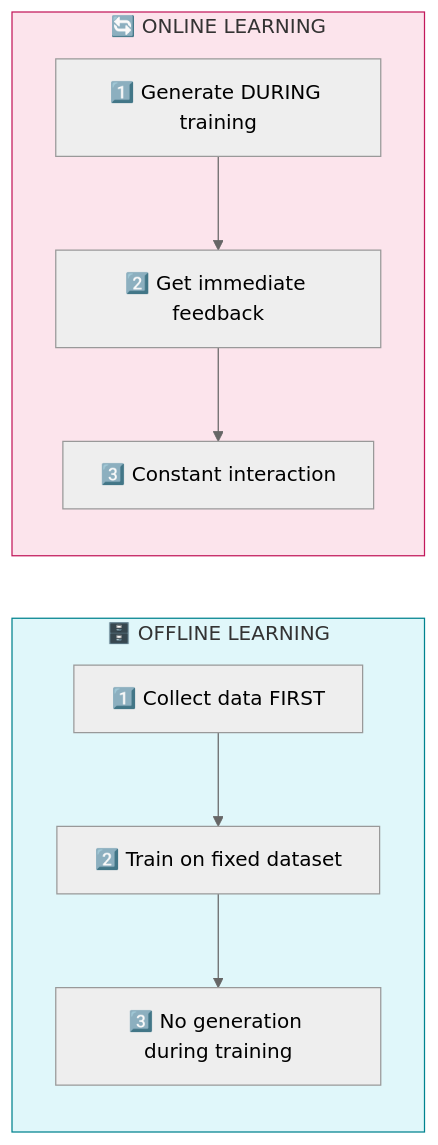
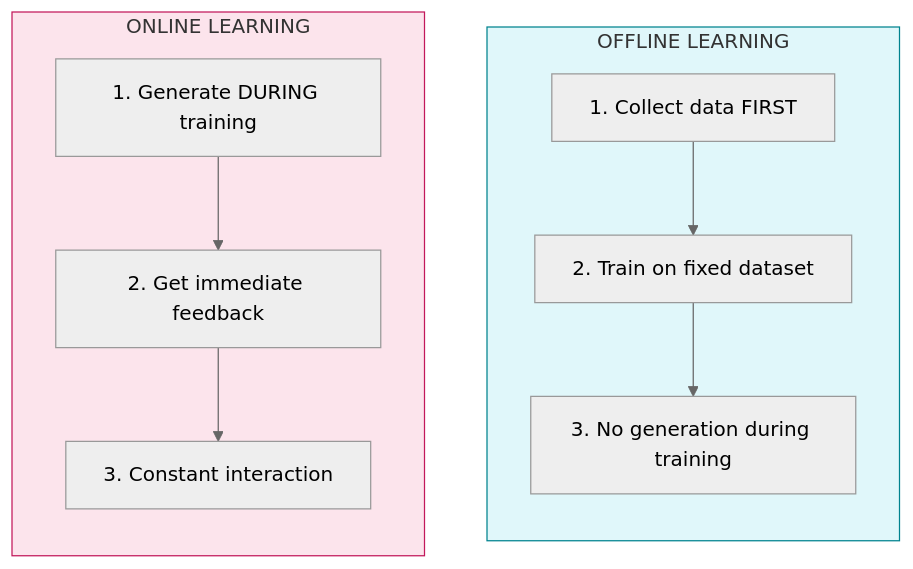
One commit to niharpalem/Simplifiy_Ai changed the first of 6 diagrams in Learning/Online_vs_offline.md. Above: the diagram before and after it, drawn with Mermaid (neutral theme). The commit also changed other lines of this file, not shown here.

````diff
--- a/Learning/Online_vs_offline.md
+++ b/Learning/Online_vs_offline.md
@@ -20,21 +20,21 @@
 ```mermaid
-flowchart LR
-    subgraph OFFLINE["🗄️ OFFLINE LEARNING"]
+flowchart TB
+    subgraph OFF["OFFLINE LEARNING"]
         direction TB
-        O1[1️⃣ Collect data FIRST]
-        O2[2️⃣ Train on fixed dataset]
-        O3[3️⃣ No generation during training]
+        O1["1. Collect data FIRST"]
+        O2["2. Train on fixed dataset"]
+        O3["3. No generation during training"]
         O1 --> O2 --> O3
     end
     
-    subgraph ONLINE["🔄 ONLINE LEARNING"]
+    subgraph ON["ONLINE LEARNING"]
         direction TB
-        N1[1️⃣ Generate DURING training]
-        N2[2️⃣ Get immediate feedback]
-        N3[3️⃣ Constant interaction]
+        N1["1. Generate DURING training"]
+        N2["2. Get immediate feedback"]
+        N3["3. Constant interaction"]
         N1 --> N2 --> N3
     end
     
-    style OFFLINE fill:#e0f7fa,stroke:#00838f
-    style ONLINE fill:#fce4ec,stroke:#c2185b
+    style OFF fill:#e0f7fa,stroke:#00838f
+    style ON fill:#fce4ec,stroke:#c2185b
 ```
````
